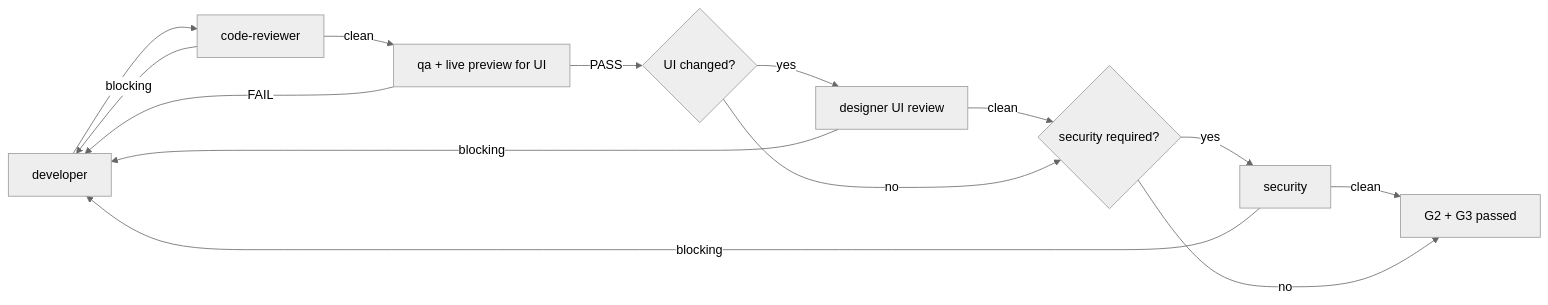
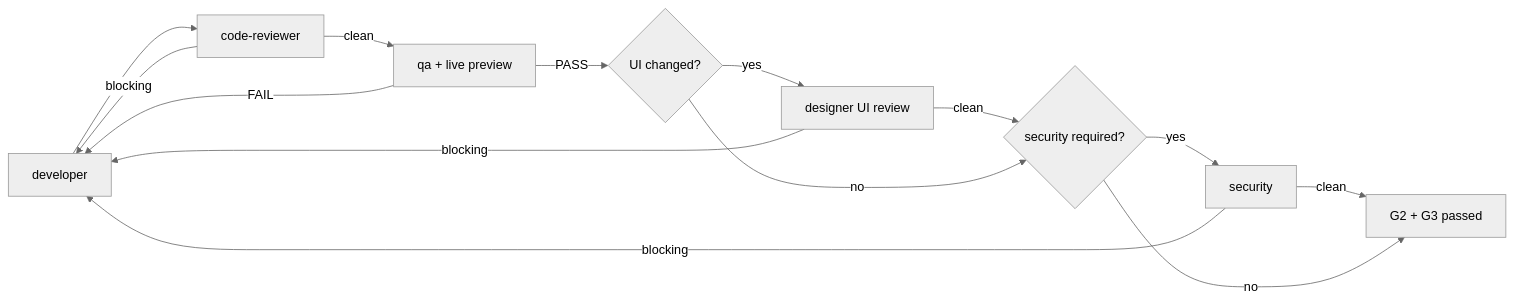
The second of 2 diagrams in skills/run-kit/SKILL.md (Tuan-Quyen/technical-teams), drawn with Mermaid (neutral theme) before and after one commit. The commit also changed other lines of this file and 19 other files, not shown here.

First line of the commit message:
Make live-preview cover every product type, not only web apps

````diff
--- a/skills/run-kit/SKILL.md
+++ b/skills/run-kit/SKILL.md
@@ -66,16 +66,16 @@
 ```mermaid
 flowchart LR
   D[developer] --> CR[code-reviewer]
   CR -- blocking --> D
-  CR -- clean --> Q[qa + live preview for UI]
+  CR -- clean --> Q[qa + live preview]
   Q -- FAIL --> D
   Q -- PASS --> U{UI changed?}
   U -- yes --> DR[designer UI review]
   DR -- blocking --> D
   DR -- clean --> S
   U -- no --> S{security required?}
   S -- yes --> SEC[security]
   SEC -- blocking --> D
   SEC -- clean --> X[G2 + G3 passed]
   S -- no --> X
 ```
````
